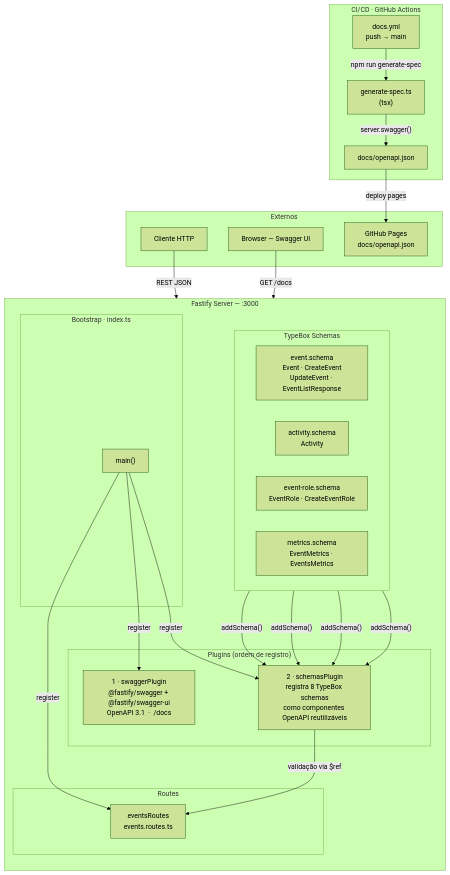
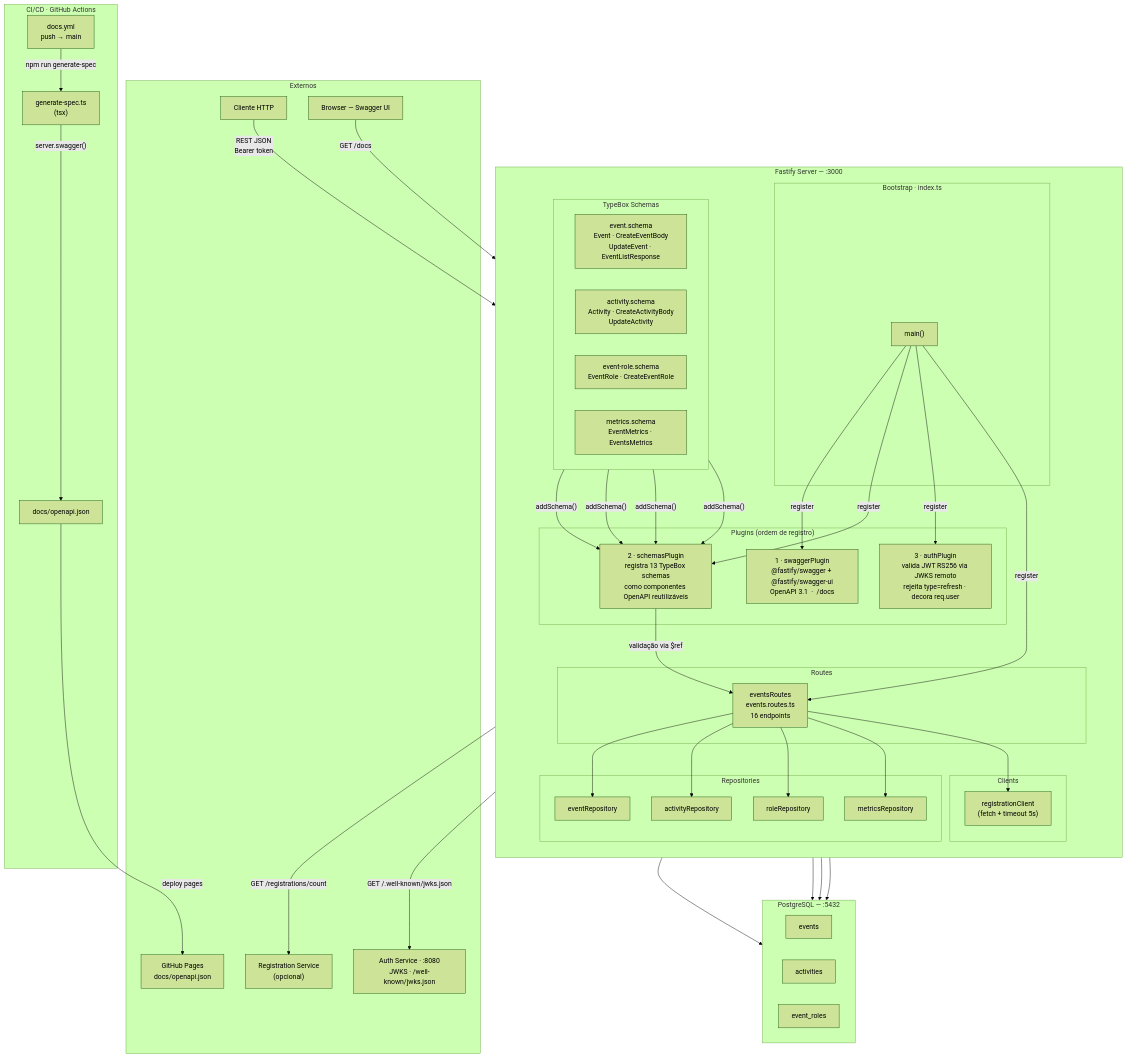
Before and after one commit to pucrs-csw-2026-1/0x-fork-avengers-t2: the first of 6 diagrams in README.md, drawn with Mermaid (forest theme). The commit also changed other lines of this file and 1 other file, not shown here.

First line of the commit message:
docs: atualiza README com auth, endpoints e arquitetura reais

````diff
--- a/README.md
+++ b/README.md
@@ -99,53 +152,79 @@
 ```mermaid
 graph TB
     subgraph EXT["Externos"]
         CLIENT["Cliente HTTP"]
         BROWSER["Browser — Swagger UI"]
         GHPAGES["GitHub Pages\ndocs/openapi.json"]
+        AUTH["Auth Service · :8080\nJWKS · /well-known/jwks.json"]
+        REG["Registration Service\n(opcional)"]
     end
 
     subgraph SRV["Fastify Server — :3000"]
         direction TB
 
         subgraph BOOT["Bootstrap · index.ts"]
             MAIN["main()"]
         end
 
         subgraph PLG["Plugins  (ordem de registro)"]
             SP["1 · swaggerPlugin\n@fastify/swagger + @fastify/swagger-ui\nOpenAPI 3.1  ·  /docs"]
-            SCP["2 · schemasPlugin\nregistra 8 TypeBox schemas\ncomo componentes OpenAPI reutilizáveis"]
+            SCP["2 · schemasPlugin\nregistra 13 TypeBox schemas\ncomo componentes OpenAPI reutilizáveis"]
+            AP["3 · authPlugin\nvalida JWT RS256 via JWKS remoto\nrejeita type=refresh · decora req.user"]
         end
 
         subgraph RT["Routes"]
-            ER["eventsRoutes\nevents.routes.ts"]
+            ER["eventsRoutes\nevents.routes.ts\n16 endpoints"]
+        end
+
+        subgraph REPOS["Repositories"]
+            EREP["eventRepository"]
+            AREP["activityRepository"]
+            RREP["roleRepository"]
+            MREP["metricsRepository"]
+        end
+
+        subgraph CLI["Clients"]
+            RCLI["registrationClient\n(fetch + timeout 5s)"]
         end
 
         subgraph SCH["TypeBox Schemas"]
             direction LR
-            ES["event.schema\nEvent · CreateEvent\nUpdateEvent · EventListResponse"]
-            SS["activity.schema\nActivity"]
+            ES["event.schema\nEvent · CreateEventBody\nUpdateEvent · EventListResponse"]
+            SS["activity.schema\nActivity · CreateActivityBody\nUpdateActivity"]
             RS["event-role.schema\nEventRole · CreateEventRole"]
             MS["metrics.schema\nEventMetrics · EventsMetrics"]
         end
+    end
+
+    subgraph DB["PostgreSQL — :5432"]
+        TB1["events"]
+        TB2["activities"]
+        TB3["event_roles"]
     end
 
     subgraph CICD["CI/CD · GitHub Actions"]
         WF["docs.yml\npush → main"]
         GS["generate-spec.ts\n(tsx)"]
         OJ["docs/openapi.json"]
     end
 
-    CLIENT -->|"REST JSON"| ER
+    CLIENT -->|"REST JSON\nBearer token"| ER
     BROWSER -->|"GET /docs"| SP
+    AP -->|"GET /.well-known/jwks.json"| AUTH
+    RCLI -->|"GET /registrations/count"| REG
 
     MAIN -->|"register"| SP
     MAIN -->|"register"| SCP
+    MAIN -->|"register"| AP
     MAIN -->|"register"| ER
 
     ES & SS & RS & MS -->|"addSchema()"| SCP
     SCP -->|"validação via $ref"| ER
 
+    ER --> EREP & AREP & RREP & MREP & RCLI
+    EREP & AREP & RREP & MREP --> DB
+
     WF -->|"npm run generate-spec"| GS
     GS -->|"server.swagger()"| OJ
     OJ -->|"deploy pages"| GHPAGES
 ```
````
